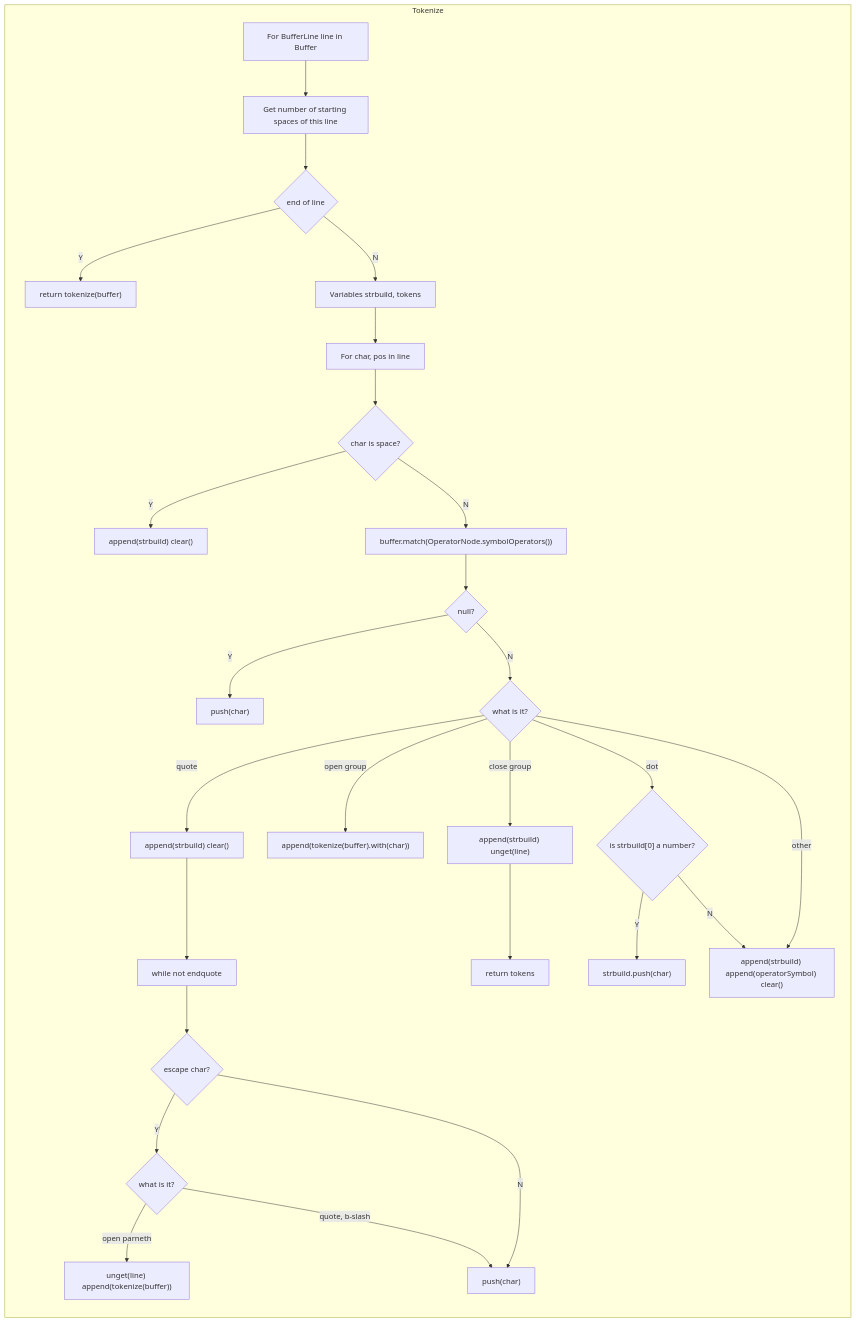
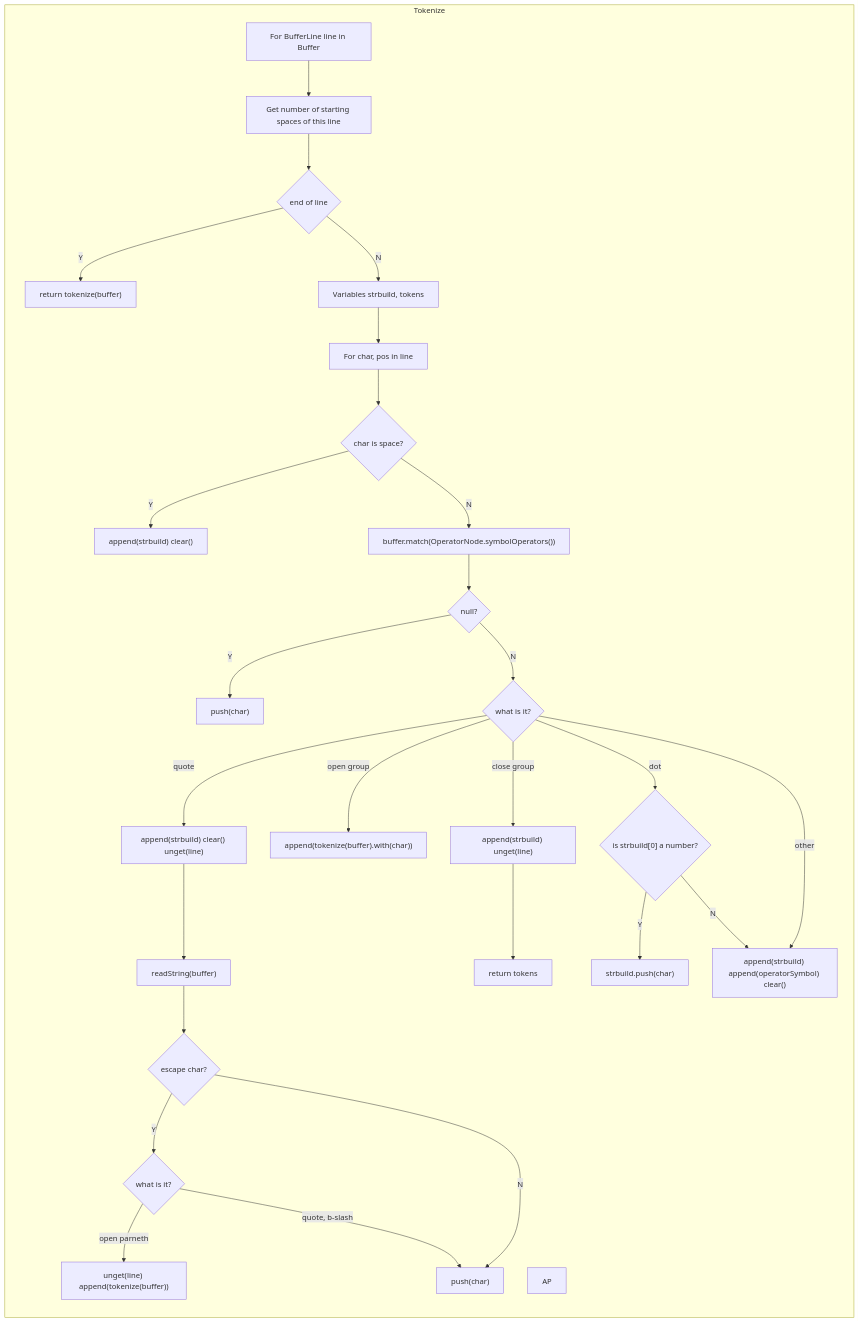
One commit to Jzhyang1/Monomer changed the eighth of 8 diagrams in Implementation.md. Above: the diagram before and after it, drawn with Mermaid. The commit also changed other lines of this file, not shown here.

````diff
--- a/Implementation.md
+++ b/Implementation.md
@@ -259,31 +259,33 @@
 ```mermaid
 graph LR
 subgraph sg1["Tokenize"]
 	A[For BufferLine line in Buffer] --> B[Get number of starting spaces of this line]
 	--> C1{end of line}
 	C1 -- Y --> C2["return tokenize(buffer)"]
 	C1 -- N --> C[Variables strbuild, tokens]
 	 --> D[For char, pos in line] 
 	 --> E{char is space?}
 	E -- Y --> Y["append(strbuild) clear()"]
 	E -- N --> F["buffer.match(OperatorNode.symbolOperators())"]
 	F --> G{null?}
 	G -- Y --> H["push(char)"]
 	G -- N --> Z{what is it?}
-	Z -- quote --> J["append(strbuild) clear()"]
-	J --> P[while not endquote] 
+	Z -- quote --> J["append(strbuild) clear() unget(line)"]
+	J --> P["readString(buffer)"] 
 	P --> Q{escape char?}
 	Q -- Y --> R{what is it?}
 	R -- "open parneth" --> T["unget(line) append(tokenize(buffer))"]
 	R -- "quote, b-slash" --> S
 	Q -- N --> S["push(char)"]
 	Z -- "open group"
 	 --> AC["append(tokenize(buffer).with(char))"]
 	Z -- "close group" --> BA["append(strbuild) unget(line)"]
 	--> BB[return tokens]
 	Z -- dot --> K{"is strbuild[0] a number?"}
 	K -- Y --> L["strbuild.push(char)"]
 	K -- N --> I
 	Z -- other --> I["append(strbuild) append(operatorSymbol) clear()"]
+
+AP
 end
 ```
````
